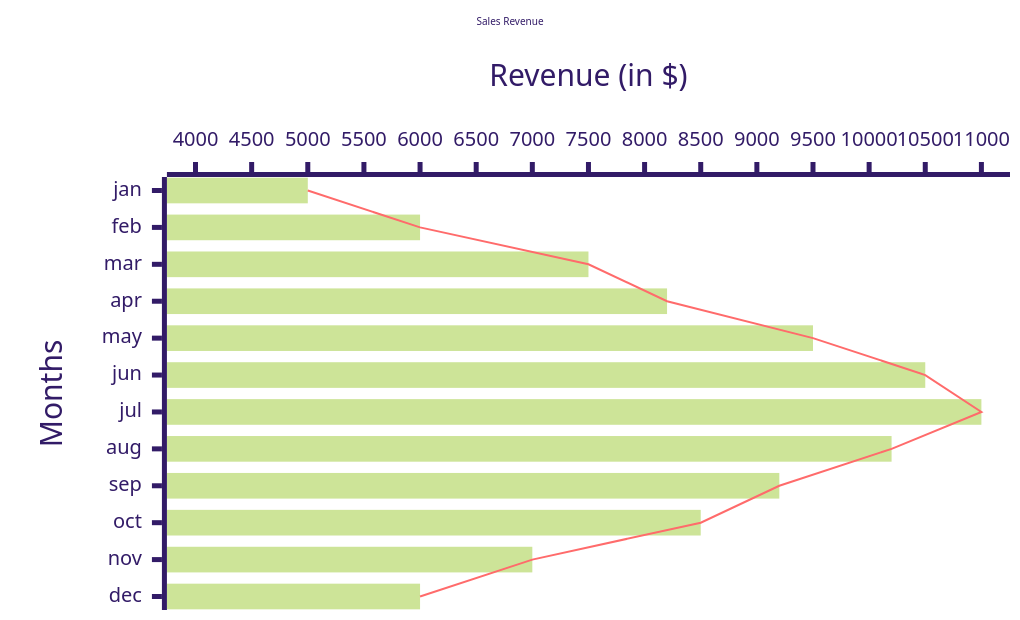
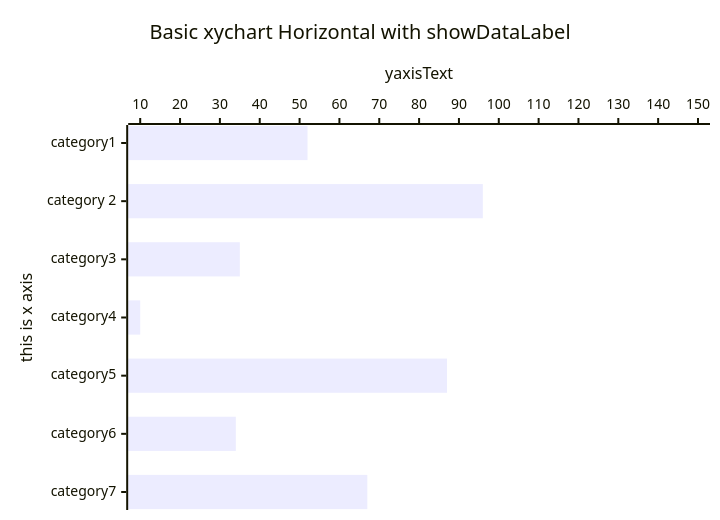
One commit to creadri/sebastianjs changed the diagram in samples/mermaid-demos/xychart__10.mmd. Above: the diagram before and after it, drawn with Mermaid. The commit also changed 86 other files, not shown here.

```diff
--- a/samples/mermaid-demos/xychart__10.mmd
+++ b/samples/mermaid-demos/xychart__10.mmd
@@ -1,33 +1,11 @@
 ---
 config:
-  theme: forest
   xyChart:
-    width: 1000
-    height: 600
-    titlePadding: 5
-    titleFontSize: 10
-    xAxis:
-      labelFontSize: 20
-      labelPadding: 10
-      titleFontSize: 30
-      titlePadding: 20
-      tickLength: 10
-      tickWidth: 5
-      axisLineWidth: 5
-    yAxis:
-      labelFontSize: 20
-      labelPadding: 10
-      titleFontSize: 30
-      titlePadding: 20
-      tickLength: 10
-      tickWidth: 5
-      axisLineWidth: 5
+    showDataLabel: true
     chartOrientation: horizontal
-    plotReservedSpacePercent: 60
 ---
-    xychart
-      title "Sales Revenue"
-      x-axis Months [jan, feb, mar, apr, may, jun, jul, aug, sep, oct, nov, dec]
-      y-axis "Revenue (in $)" 4000 --> 11000
-      bar [5000, 6000, 7500, 8200, 9500, 10500, 11000, 10200, 9200, 8500, 7000, 6000]
-      line [5000, 6000, 7500, 8200, 9500, 10500, 11000, 10200, 9200, 8500, 7000, 6000]
+xychart
+title "Basic xychart Horizontal with showDataLabel"
+x-axis "this is x axis" [category1, "category 2", category3, category4, category5, category6, category7]
+y-axis yaxisText 10 --> 150
+bar "sample bar" [52, 96, 35, 10, 87, 34, 67, 99]
```
